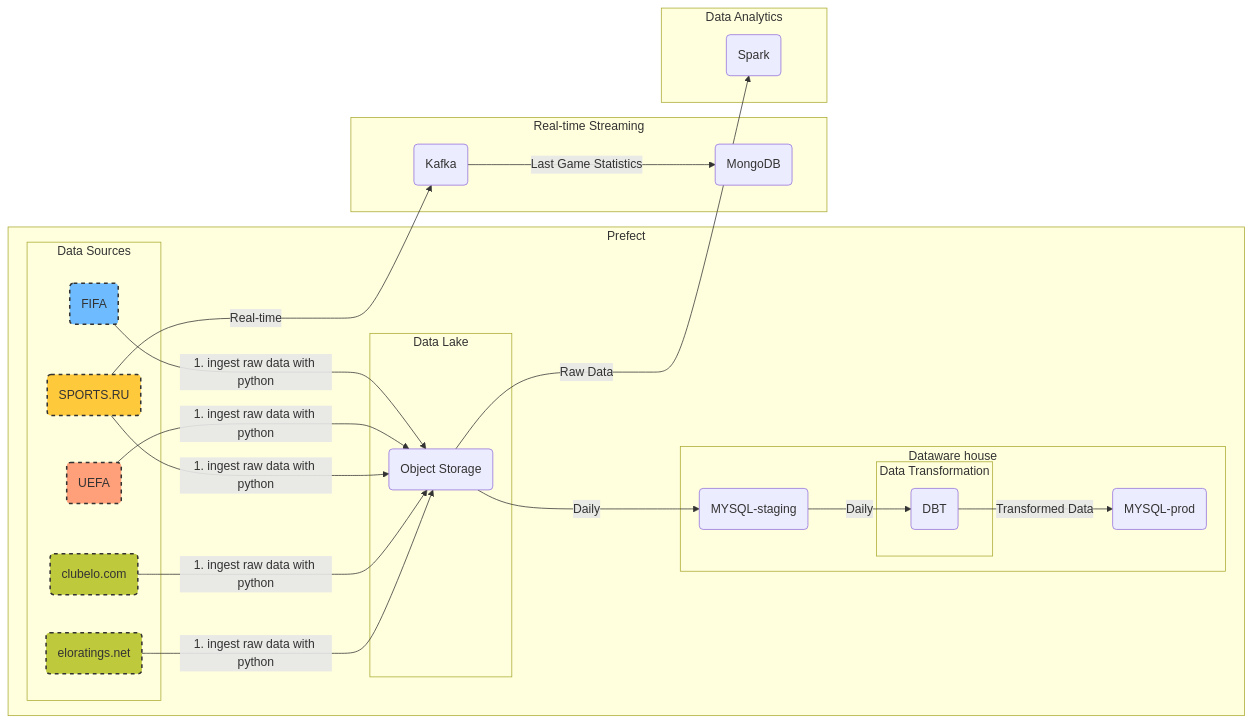
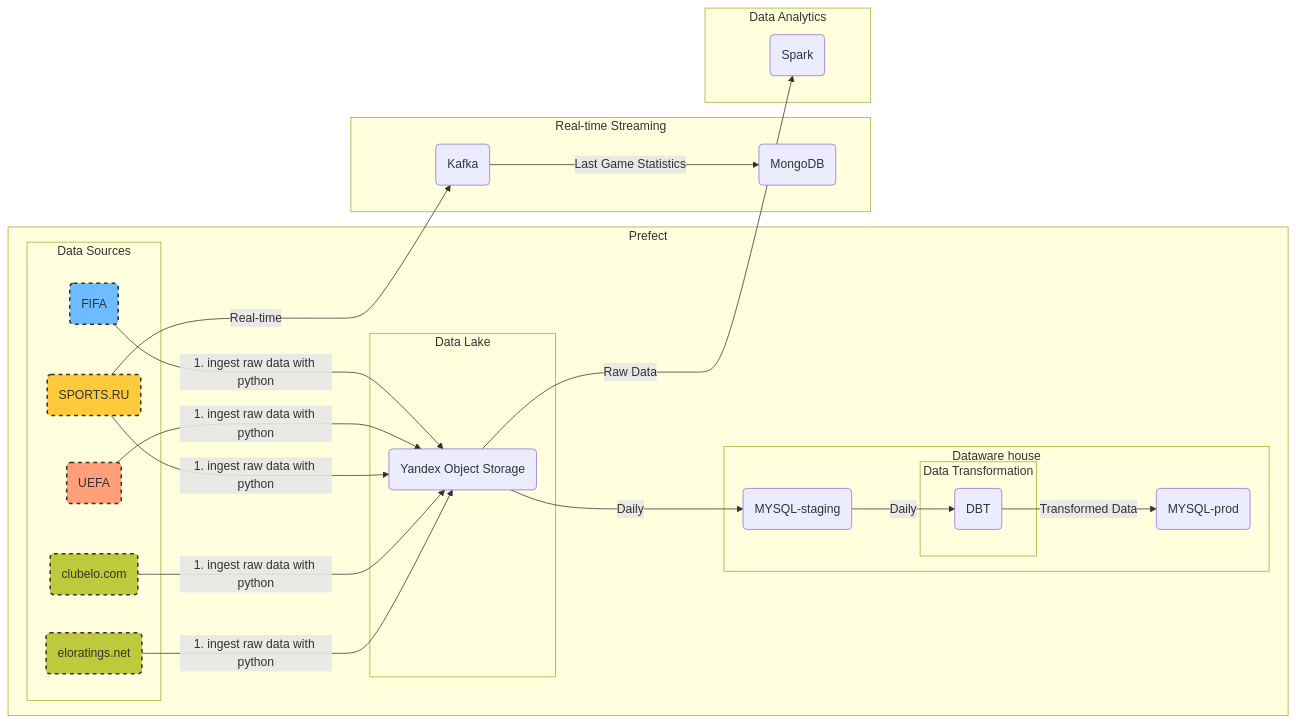
Before and after one commit to DonaldWipper/Football-Tournaments-Data-Archive: the first of 2 diagrams in README.md, drawn with Mermaid.

````diff
--- a/README.md
+++ b/README.md
@@ -50,56 +50,56 @@
 ```mermaid
 flowchart LR
 
 style A fill:#6ebcff,stroke:#333,stroke-width:2px,stroke-dasharray: 5, 5;
 style B fill:#ffa07a,stroke:#333,stroke-width:2px,stroke-dasharray: 5, 5;
 style C fill:#ffc93c,stroke:#333,stroke-width:2px,stroke-dasharray: 5, 5;
 style S fill:#bfc93c,stroke:#333,stroke-width:2px,stroke-dasharray: 5, 5;
 style Y fill:#bfc93c,stroke:#333,stroke-width:2px,stroke-dasharray: 5, 5;
 
 subgraph "Prefect"
 subgraph "Data Sources"
 A(FIFA)
 B(UEFA)
 C(SPORTS.RU)
 S(clubelo.com)
 Y(eloratings.net)
 end
 
 
 
     subgraph "Data Lake"
-        E(Object Storage)
+        E(Yandex Object Storage)
         
     end
 
     subgraph "Dataware house"
         F(MYSQL-staging)
         subgraph "Data Transformation"
         G(DBT)
         end
         L(MYSQL-prod)
     end
 end
 
 
 subgraph "Real-time Streaming"
 H(Kafka)
 I(MongoDB)
 end
 
 subgraph "Data Analytics"
 J(Spark)
 end
 
 A -- 1. ingest raw data with python--> E 
 B -- 1. ingest raw data with python--> E
 C -- 1. ingest raw data with python--> E
 S -- 1. ingest raw data with python--> E
 Y -- 1. ingest raw data with python--> E
 E -- Daily --> F
 F -- Daily --> G
 G -- Transformed Data --> L
 C -- Real-time --> H
 H -- Last Game Statistics  --> I
 E -- Raw Data --> J
 ```
````
